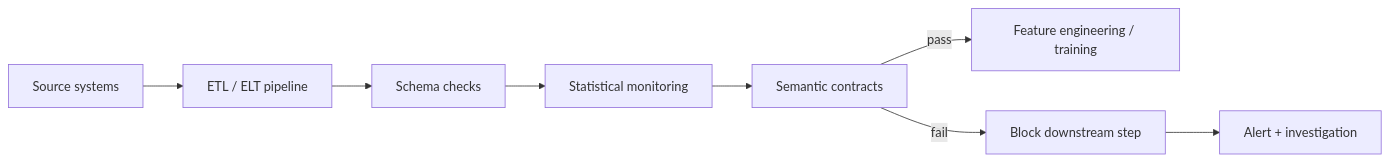
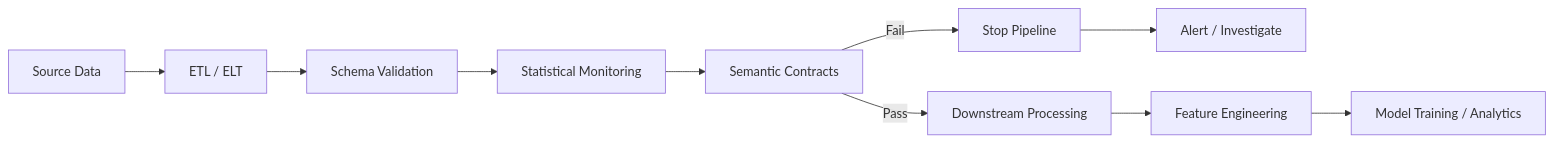
Before and after one commit to idrees118/Research_Paper_Semantic-Contracts-mlops: the diagram in README.md, drawn with Mermaid. The commit also changed other lines of this file, not shown here.

````diff
--- a/README.md
+++ b/README.md
@@ -186,10 +78,14 @@
 ```mermaid
 flowchart LR
-    A["Source systems"] --> B["ETL / ELT pipeline"]
-    B --> C["Schema checks"]
-    C --> D["Statistical monitoring"]
-    D --> E["Semantic contracts"]
-    E -->|pass| F["Feature engineering / training"]
-    E -->|fail| G["Block downstream step"]
-    G --> H["Alert + investigation"]
+    A["Source Data"] --> B["ETL / ELT"]
+    B --> C["Schema Validation"]
+    C --> D["Statistical Monitoring"]
+    D --> E["Semantic Contracts"]
+
+    E -->|Pass| F["Downstream Processing"]
+    E -->|Fail| G["Stop Pipeline"]
+    G --> H["Alert / Investigate"]
+
+    F --> I["Feature Engineering"]
+    I --> J["Model Training / Analytics"]
 ```
````
